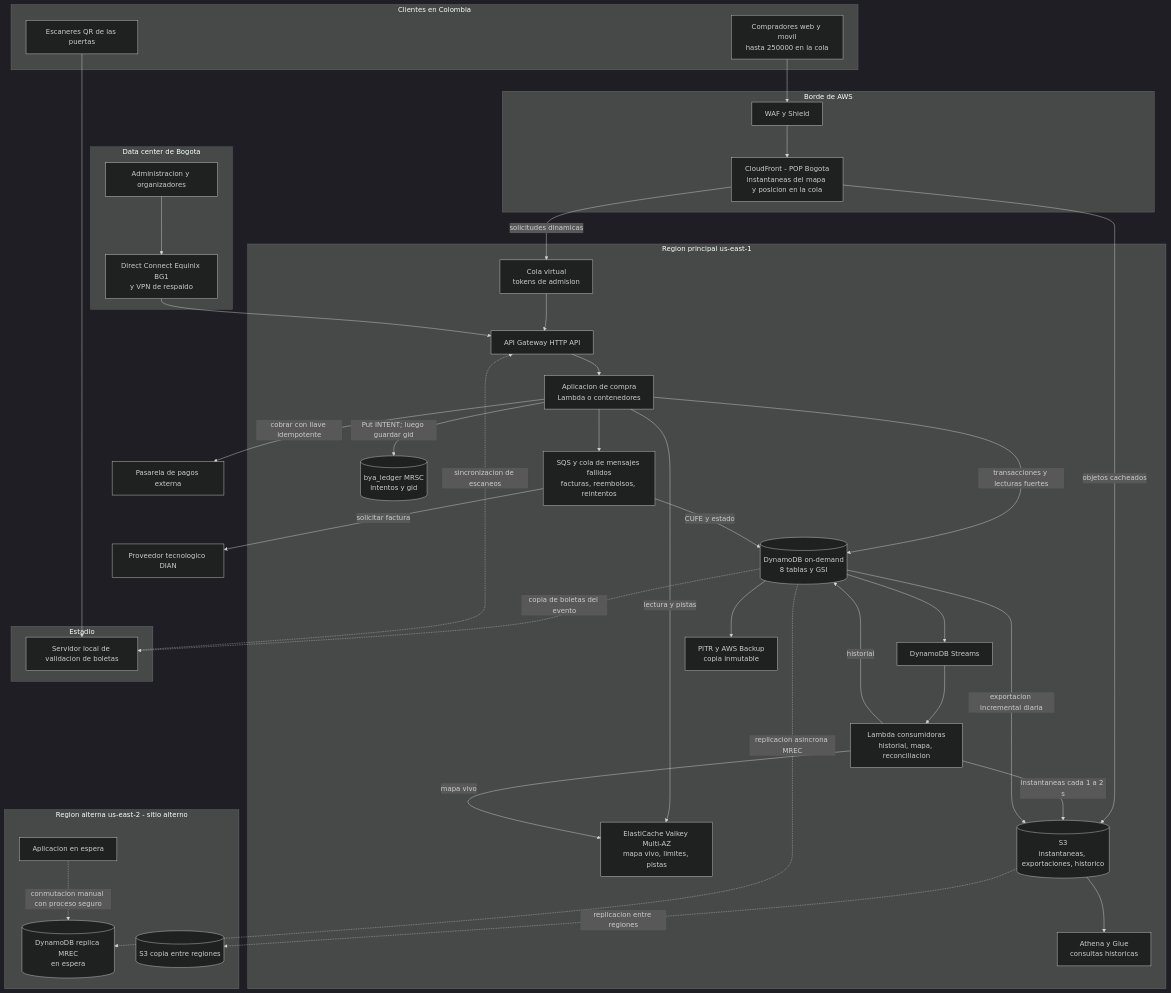
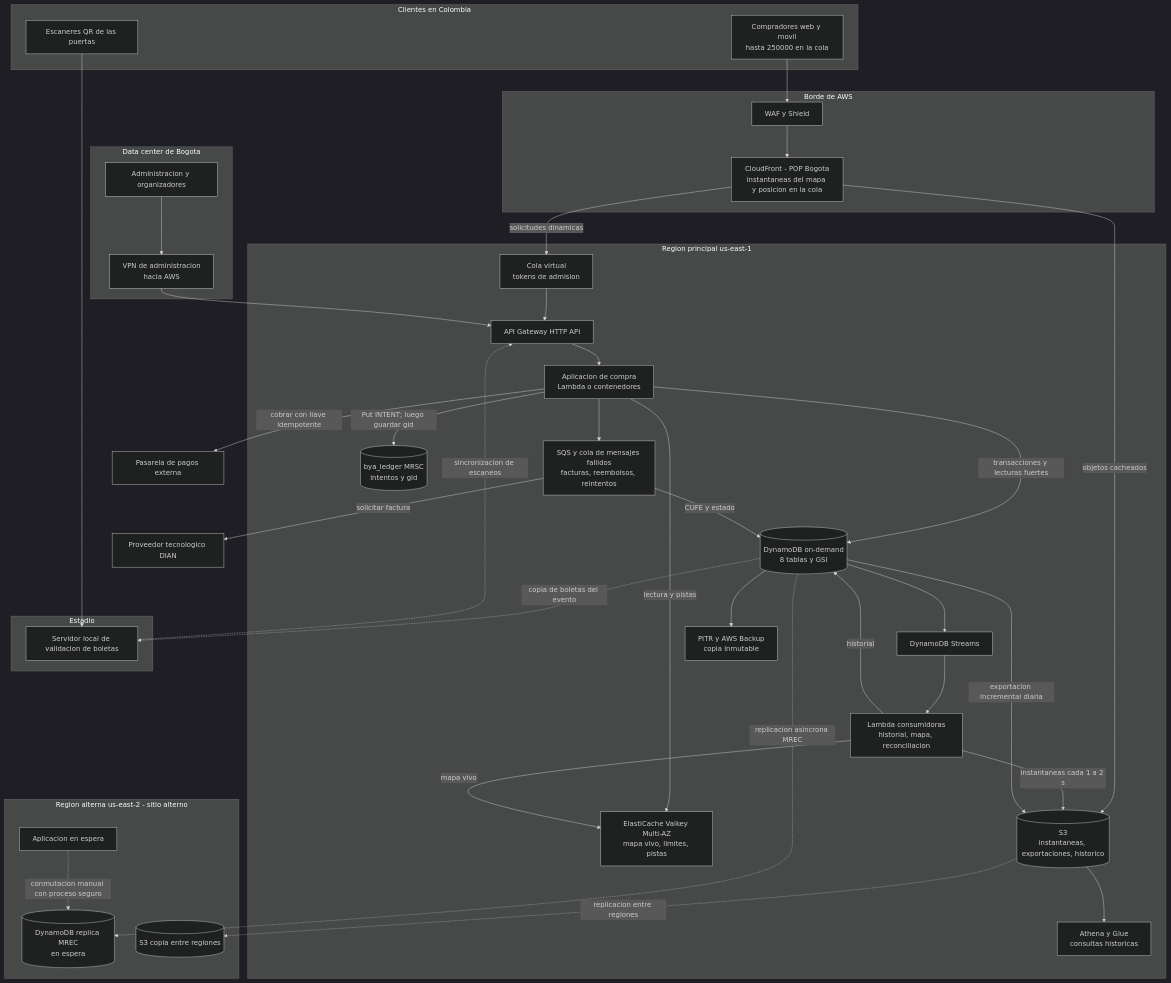
Before and after one commit to Casti197/bdproyecto: the first of 3 diagrams in jacobo/arquitectura.md, drawn with Mermaid (dark theme). The commit also changed other lines of this file and 5 other files, not shown here.

````diff
--- a/jacobo/arquitectura.md
+++ b/jacobo/arquitectura.md
@@ -85,64 +85,64 @@
 ```mermaid
 flowchart TB
   subgraph CL["Clientes en Colombia"]
     USR["Compradores web y movil<br/>hasta 250000 en la cola"]
     ESC["Escaneres QR de las puertas"]
   end
   subgraph EDG["Borde de AWS"]
     WAF["WAF y Shield"]
     CDN["CloudFront - POP Bogota<br/>instantaneas del mapa y posicion en la cola"]
   end
   subgraph R1["Region principal us-east-1"]
     COLA["Cola virtual<br/>tokens de admision"]
     API["API Gateway HTTP API"]
     APP["Aplicacion de compra<br/>Lambda o contenedores"]
     CACHE["ElastiCache Valkey Multi-AZ<br/>mapa vivo, limites, pistas"]
     DDB[("DynamoDB on-demand<br/>8 tablas y GSI")]
     LED[("bya_ledger MRSC<br/>intentos y gid")]
     STR["DynamoDB Streams"]
     LMB["Lambda consumidoras<br/>historial, mapa, reconciliacion"]
     SQS["SQS y cola de mensajes fallidos<br/>facturas, reembolsos, reintentos"]
     S3[("S3<br/>instantaneas, exportaciones, historico")]
     ATH["Athena y Glue<br/>consultas historicas"]
     BKP["PITR y AWS Backup<br/>copia inmutable"]
   end
   subgraph R2["Region alterna us-east-2 - sitio alterno"]
     DDB2[("DynamoDB replica MREC<br/>en espera")]
     APP2["Aplicacion en espera"]
     S3B[("S3 copia entre regiones")]
   end
   subgraph BOG["Data center de Bogota"]
     BO["Administracion y organizadores"]
-    VPN["Direct Connect Equinix BG1<br/>y VPN de respaldo"]
+    VPN["VPN de administracion<br/>hacia AWS"]
   end
   subgraph EST["Estadio"]
     SRV["Servidor local de validacion de boletas"]
   end
   PAS["Pasarela de pagos externa"]
   DIAN["Proveedor tecnologico DIAN"]
 
   USR --> WAF --> CDN
   CDN -->|"objetos cacheados"| S3
   CDN -->|"solicitudes dinamicas"| COLA --> API --> APP
   APP -->|"lectura y pistas"| CACHE
   APP -->|"transacciones y lecturas fuertes"| DDB
   DDB --> STR --> LMB
   LMB -->|"mapa vivo"| CACHE
   LMB -->|"historial"| DDB
   LMB -->|"instantaneas cada 1 a 2 s"| S3
   APP -->|"Put INTENT; luego guardar gid"| LED
   APP -->|"cobrar con llave idempotente"| PAS
   APP --> SQS
   SQS -->|"solicitar factura"| DIAN
   SQS -->|"CUFE y estado"| DDB
   DDB -->|"exportacion incremental diaria"| S3
   S3 --> ATH
   DDB --> BKP
   DDB -.->|"replicacion asincrona MREC"| DDB2
   S3 -.->|"replicacion entre regiones"| S3B
   APP2 -.->|"conmutacion manual con proceso seguro"| DDB2
   BO --> VPN --> API
   ESC --> SRV
   SRV -.->|"sincronizacion de escaneos"| API
   DDB -.->|"copia de boletas del evento"| SRV
 ```
````
